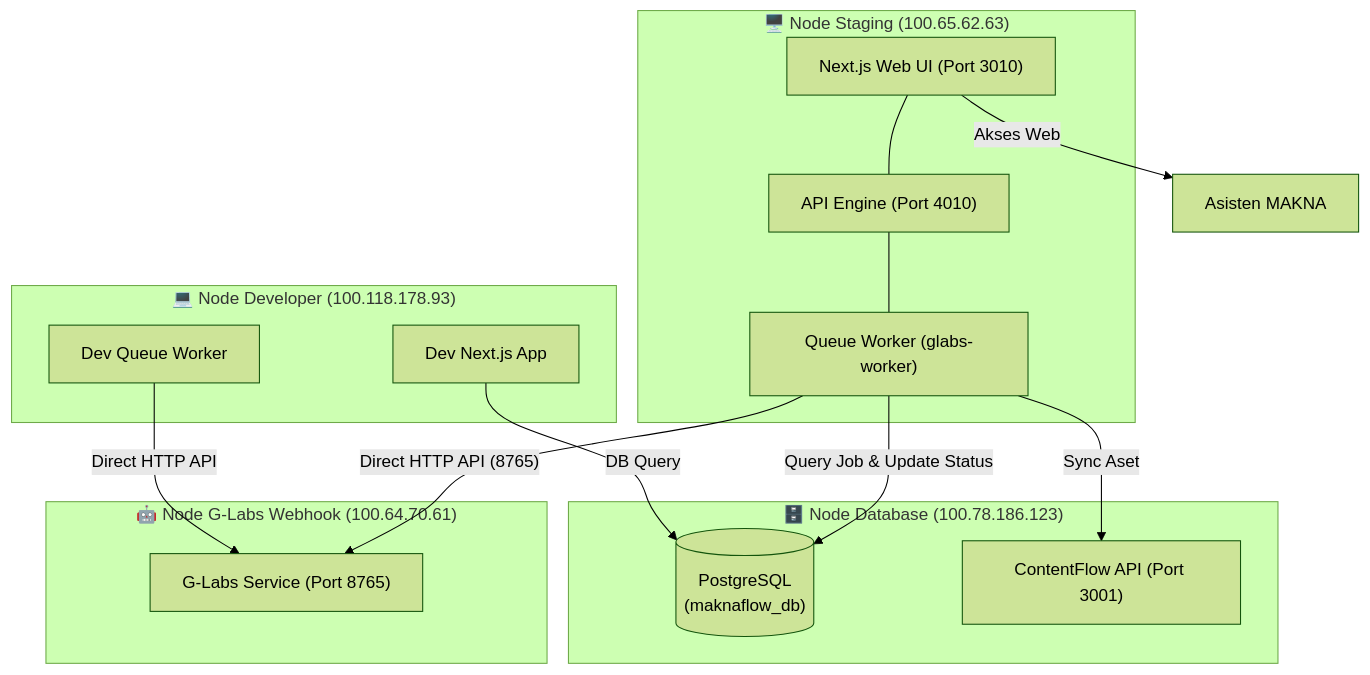
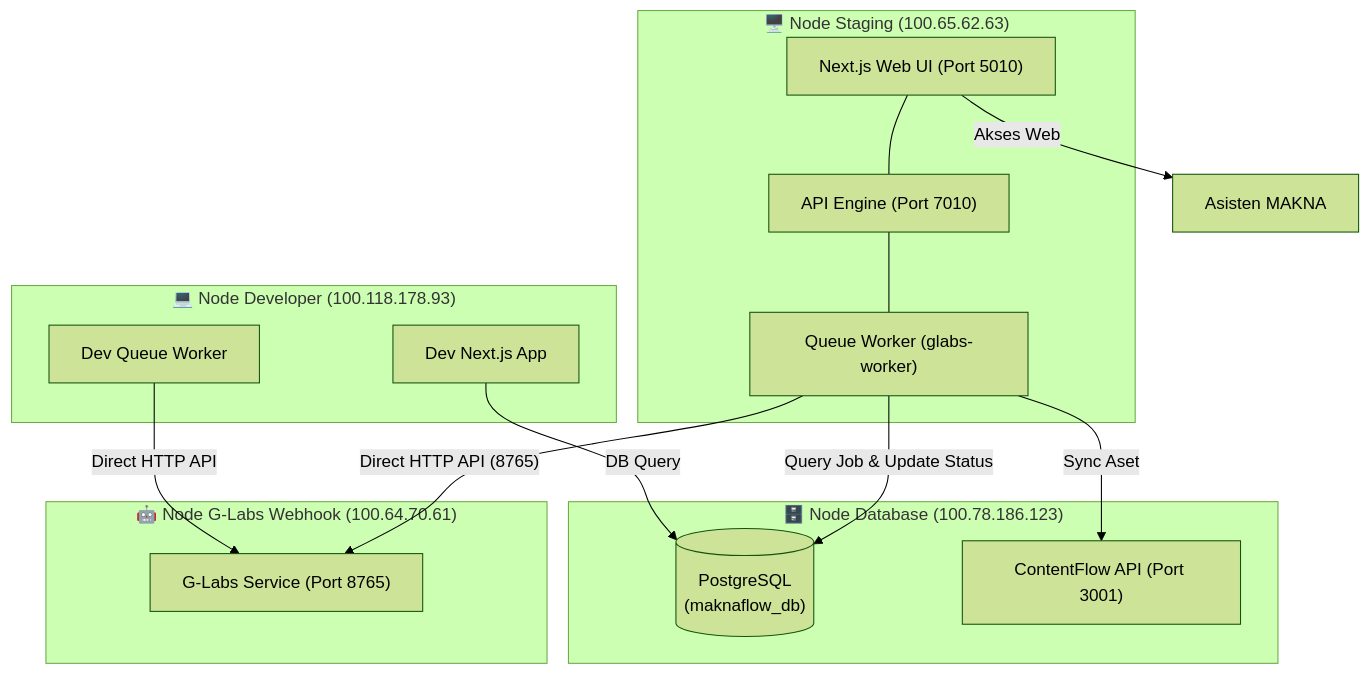
Before and after one commit to sabeq83/maknaflow: the diagram in docs/server-arsitektur/Usulan_Arsitektur_Cluster_Baru_MAKNA.md, drawn with Mermaid (forest theme). The commit also changed other lines of this file and 13 other files, not shown here.

````diff
--- a/docs/server-arsitektur/Usulan_Arsitektur_Cluster_Baru_MAKNA.md
+++ b/docs/server-arsitektur/Usulan_Arsitektur_Cluster_Baru_MAKNA.md
@@ -41,34 +41,34 @@
 ```mermaid
 flowchart TD
     subgraph STAGING_NODE ["🖥️ Node Staging (100.65.62.63)"]
-        UI["Next.js Web UI (Port 3010)"]
-        API["API Engine (Port 4010)"]
+        UI["Next.js Web UI (Port 5010)"]
+        API["API Engine (Port 7010)"]
         Worker["Queue Worker (glabs-worker)"]
         UI --- API
         API --- Worker
     end
 
     subgraph DEV_NODE ["💻 Node Developer (100.118.178.93)"]
         DevApp["Dev Next.js App"]
         DevWorker["Dev Queue Worker"]
     end
 
     subgraph DB_NODE ["🗄️ Node Database (100.78.186.123)"]
         DB[("PostgreSQL\n(maknaflow_db)")]
         CF["ContentFlow API (Port 3001)"]
     end
 
     subgraph GLABS_NODE ["🤖 Node G-Labs Webhook (100.64.70.61)"]
         GLabs["G-Labs Service (Port 8765)"]
     end
 
     %% Koneksi Staging
     UI -->|"Akses Web"| Assistant["Asisten MAKNA"]
     Worker -->|"Query Job & Update Status"| DB
     Worker -->|"Direct HTTP API (8765)"| GLabs
     Worker -->|"Sync Aset"| CF
 
     %% Koneksi Developer
     DevApp -->|"DB Query"| DB
     DevWorker -->|"Direct HTTP API"| GLabs
 ```
````
